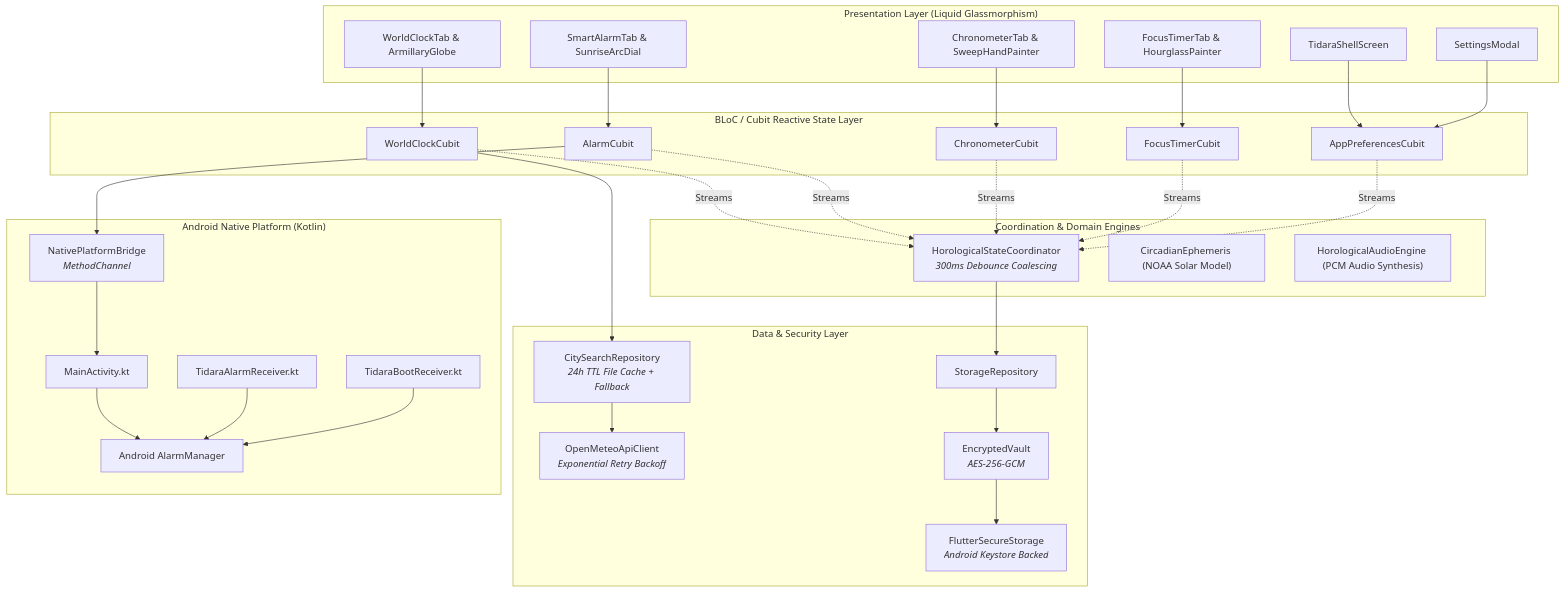
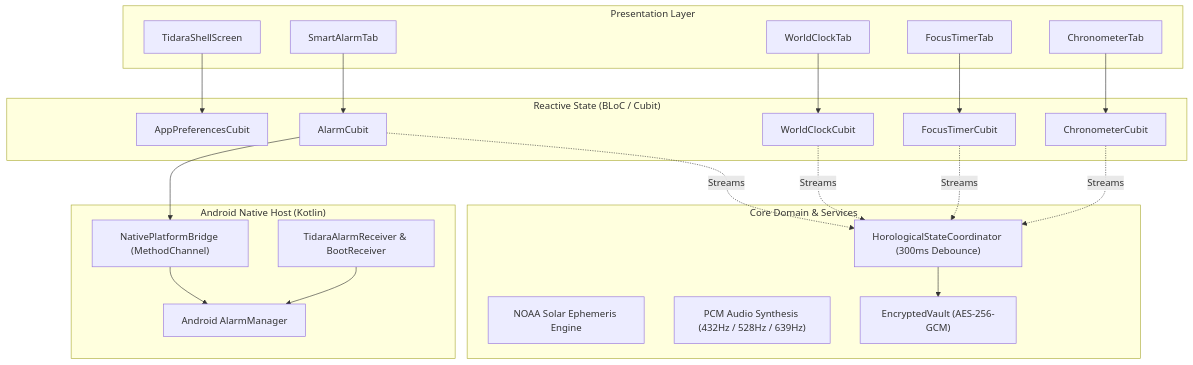
Before and after one commit to NaveenSuresh07/tidara_smartclock: the diagram in README.md, drawn with Mermaid. The commit also changed other lines of this file, not shown here.

````diff
--- a/README.md
+++ b/README.md
@@ -24,67 +102,47 @@
 ```mermaid
 flowchart TD
-    subgraph Presentation ["Presentation Layer (Liquid Glassmorphism)"]
-        UI_Shell["TidaraShellScreen"]
-        Tab_World["WorldClockTab & ArmillaryGlobe"]
-        Tab_Alarm["SmartAlarmTab & SunriseArcDial"]
-        Tab_Chrono["ChronometerTab & SweepHandPainter"]
-        Tab_Focus["FocusTimerTab & HourglassPainter"]
-        Modal_Settings["SettingsModal"]
+    subgraph UI ["Presentation Layer"]
+        Shell["TidaraShellScreen"]
+        AlarmTab["SmartAlarmTab"]
+        WorldTab["WorldClockTab"]
+        FocusTab["FocusTimerTab"]
+        ChronoTab["ChronometerTab"]
     end
 
-    subgraph StateMgmt ["BLoC / Cubit Reactive State Layer"]
-        Cubit_Pref["AppPreferencesCubit"]
-        Cubit_World["WorldClockCubit"]
-        Cubit_Alarm["AlarmCubit"]
-        Cubit_Chrono["ChronometerCubit"]
-        Cubit_Focus["FocusTimerCubit"]
+    subgraph State ["Reactive State (BLoC / Cubit)"]
+        PrefCubit["AppPreferencesCubit"]
+        AlarmCubit["AlarmCubit"]
+        WorldCubit["WorldClockCubit"]
+        FocusCubit["FocusTimerCubit"]
+        ChronoCubit["ChronometerCubit"]
     end
 
-    subgraph DomainCoord ["Coordination & Domain Engines"]
-        Coord["HorologicalStateCoordinator<br/><i>300ms Debounce Coalescing</i>"]
-        EphemEngine["CircadianEphemeris (NOAA Solar Model)"]
-        AudioEngine["HorologicalAudioEngine (PCM Audio Synthesis)"]
+    subgraph Core ["Core Domain & Services"]
+        Coord["HorologicalStateCoordinator (300ms Debounce)"]
+        Ephem["NOAA Solar Ephemeris Engine"]
+        Audio["PCM Audio Synthesis (432Hz / 528Hz / 639Hz)"]
+        Vault["EncryptedVault (AES-256-GCM)"]
     end
 
-    subgraph DataSecurity ["Data & Security Layer"]
-        Repo_City["CitySearchRepository<br/><i>24h TTL File Cache + Fallback</i>"]
-        Client_Meteo["OpenMeteoApiClient<br/><i>Exponential Retry Backoff</i>"]
-        Repo_Storage["StorageRepository"]
-        Vault["EncryptedVault<br/><i>AES-256-GCM</i>"]
-        SecStore["FlutterSecureStorage<br/><i>Android Keystore Backed</i>"]
+    subgraph Native ["Android Native Host (Kotlin)"]
+        Bridge["NativePlatformBridge (MethodChannel)"]
+        AlarmMgr["Android AlarmManager"]
+        Receiver["TidaraAlarmReceiver & BootReceiver"]
     end
 
-    subgraph NativePlatform ["Android Native Platform (Kotlin)"]
-        Bridge["NativePlatformBridge<br/><i>MethodChannel</i>"]
-        MainActivity["MainActivity.kt"]
-        AlarmReceiver["TidaraAlarmReceiver.kt"]
-        BootReceiver["TidaraBootReceiver.kt"]
-        AlarmMgr["Android AlarmManager"]
-    end
+    Shell --> PrefCubit
+    AlarmTab --> AlarmCubit
+    WorldTab --> WorldCubit
+    FocusTab --> FocusCubit
+    ChronoTab --> ChronoCubit
 
-    UI_Shell --> Cubit_Pref
-    Tab_World --> Cubit_World
-    Tab_Alarm --> Cubit_Alarm
-    Tab_Chrono --> Cubit_Chrono
-    Tab_Focus --> Cubit_Focus
-    Modal_Settings --> Cubit_Pref
+    AlarmCubit -. Streams .-> Coord
+    WorldCubit -. Streams .-> Coord
+    FocusCubit -. Streams .-> Coord
+    ChronoCubit -. Streams .-> Coord
 
-    Cubit_World -. Streams .-> Coord
-    Cubit_Alarm -. Streams .-> Coord
-    Cubit_Chrono -. Streams .-> Coord
-    Cubit_Focus -. Streams .-> Coord
-    Cubit_Pref -. Streams .-> Coord
-
-    Coord --> Repo_Storage
-    Repo_Storage --> Vault
-    Vault --> SecStore
-
-    Cubit_World --> Repo_City
-    Repo_City --> Client_Meteo
-
-    Cubit_Alarm --> Bridge
-    Bridge --> MainActivity
-    MainActivity --> AlarmMgr
-    AlarmReceiver --> AlarmMgr
-    BootReceiver --> AlarmMgr
+    Coord --> Vault
+    AlarmCubit --> Bridge
+    Bridge --> AlarmMgr
+    Receiver --> AlarmMgr
 ```
````
